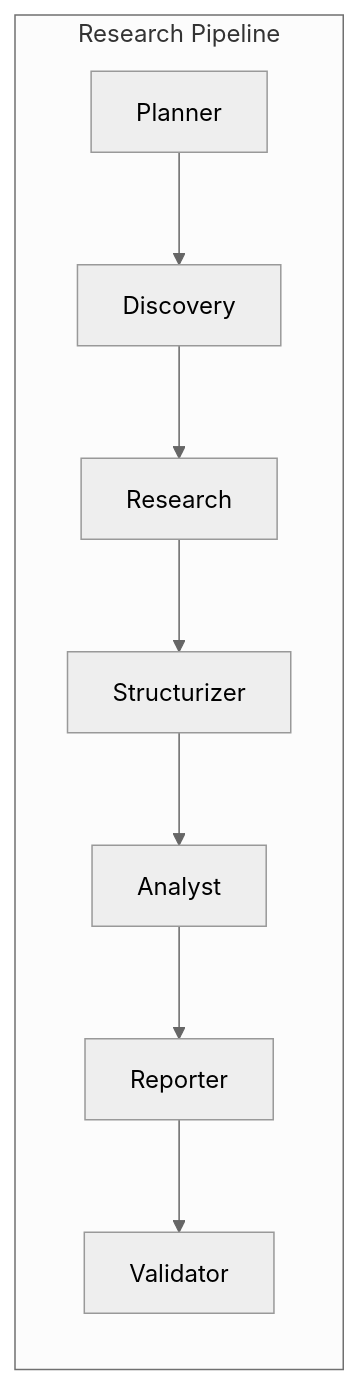
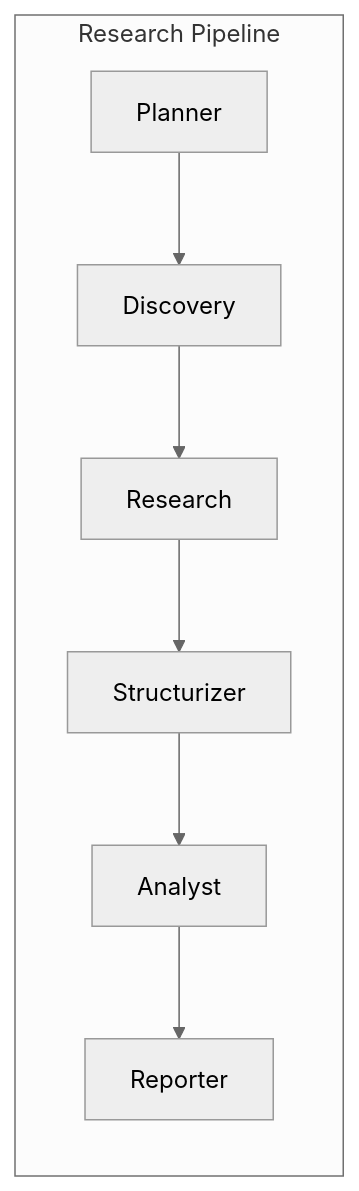
One commit to sgalex/gigaboard changed the second of 10 diagrams in docs/MULTI_AGENT.md. Above: the diagram before and after it, drawn with Mermaid (neutral theme). The commit also changed other lines of this file and 97 other files, not shown here.

````diff
--- a/docs/MULTI_AGENT.md
+++ b/docs/MULTI_AGENT.md
@@ -302,6 +309,6 @@
 ```mermaid
 flowchart LR
     subgraph RESEARCH["Research Pipeline"]
-        P1[Planner] --> D1[Discovery] --> R1[Research] --> S1[Structurizer] --> A1[Analyst] --> REP1[Reporter] --> V1[Validator]
+        P1[Planner] --> D1[Discovery] --> R1[Research] --> S1[Structurizer] --> A1[Analyst] --> REP1[Reporter]
     end
 ```
````
